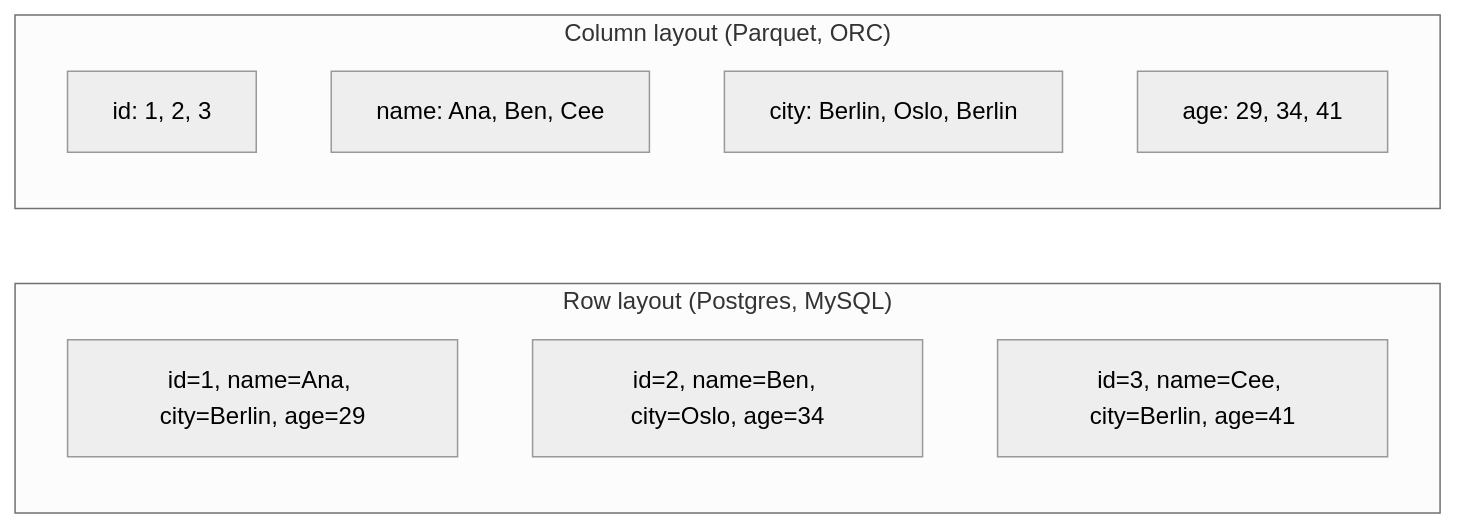
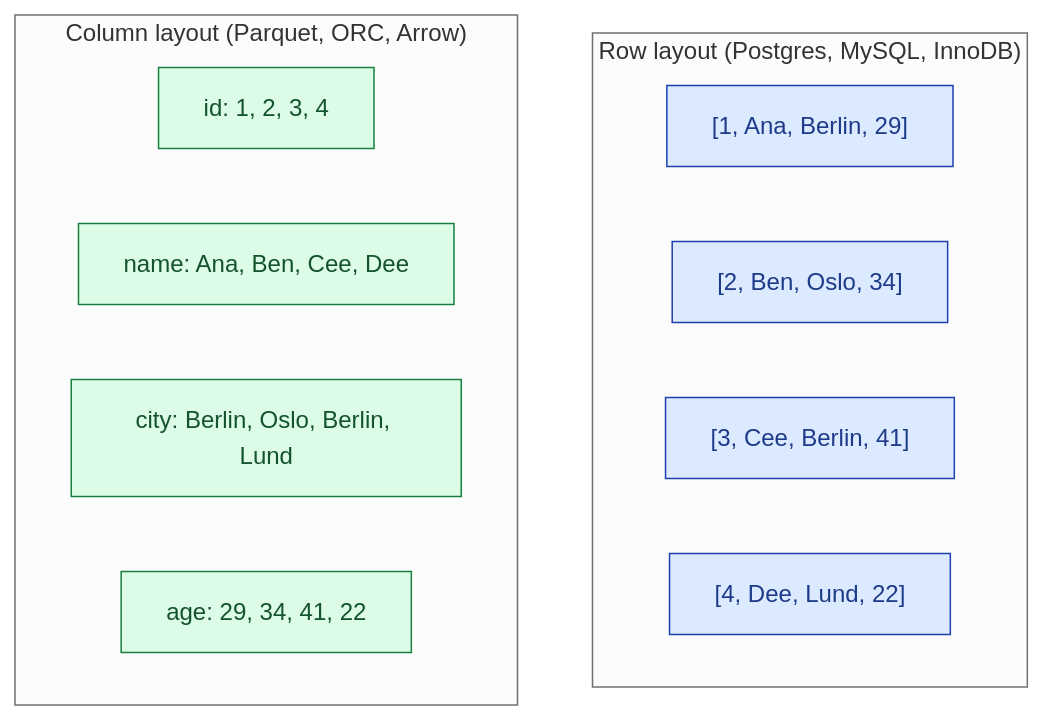
One commit to shiningflash/shiningflash.github.io changed the first of 3 diagrams in _de_concepts/016-row-vs-column.md. Above: the diagram before and after it, drawn with Mermaid (neutral theme). The commit also changed other lines of this file and 69 other files, not shown here.

````diff
--- a/_de_concepts/016-row-vs-column.md
+++ b/_de_concepts/016-row-vs-column.md
@@ -12,14 +16,20 @@
 ```mermaid
-flowchart LR
-    subgraph R["Row layout (Postgres, MySQL)"]
-        R1["id=1, name=Ana, city=Berlin, age=29"]
-        R2["id=2, name=Ben, city=Oslo, age=34"]
-        R3["id=3, name=Cee, city=Berlin, age=41"]
+flowchart TB
+    subgraph R["Row layout (Postgres, MySQL, InnoDB)"]
+        direction LR
+        R1["[1, Ana, Berlin, 29]"]:::a
+        R2["[2, Ben, Oslo, 34]"]:::a
+        R3["[3, Cee, Berlin, 41]"]:::a
+        R4["[4, Dee, Lund, 22]"]:::a
     end
-    subgraph C["Column layout (Parquet, ORC)"]
-        C1["id: 1, 2, 3"]
-        C2["name: Ana, Ben, Cee"]
-        C3["city: Berlin, Oslo, Berlin"]
-        C4["age: 29, 34, 41"]
+    subgraph C["Column layout (Parquet, ORC, Arrow)"]
+        direction LR
+        C1["id: 1, 2, 3, 4"]:::g
+        C2["name: Ana, Ben, Cee, Dee"]:::g
+        C3["city: Berlin, Oslo, Berlin, Lund"]:::g
+        C4["age: 29, 34, 41, 22"]:::g
     end
+
+    classDef a fill:#dbeafe,stroke:#1e40af,color:#1e3a8a
+    classDef g fill:#dcfce7,stroke:#15803d,color:#14532d
 ```
````
